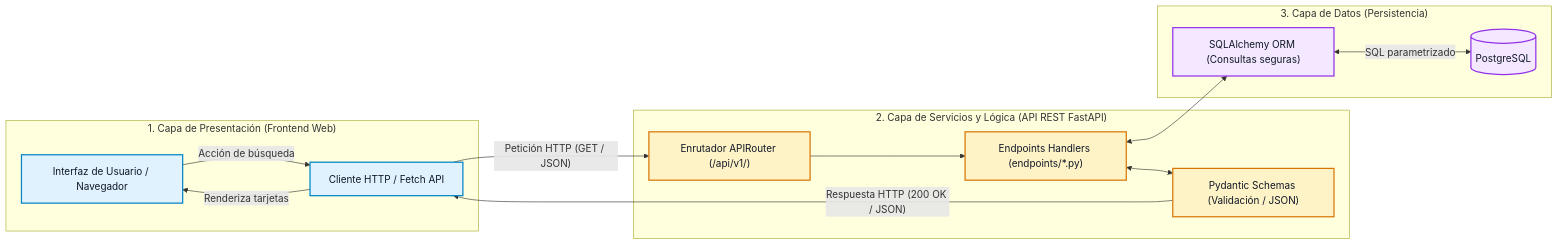
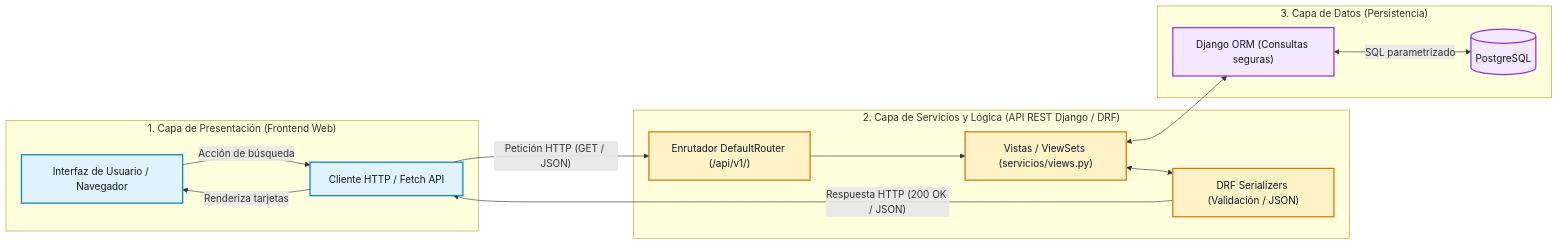
The first of 2 diagrams in docs/api/especificacion-api.md (Darksam03/RuralConecta-ProyectoWeb), drawn with Mermaid before and after one commit. The commit also changed other lines of this file and 5 other files, not shown here.

````diff
--- a/docs/api/especificacion-api.md
+++ b/docs/api/especificacion-api.md
@@ -34,35 +34,35 @@
 ```mermaid
 flowchart LR
     subgraph Frontend ["1. Capa de Presentación (Frontend Web)"]
         UI["Interfaz de Usuario / Navegador"]
         Fetch["Cliente HTTP / Fetch API"]
         UI -->|"Acción de búsqueda"| Fetch
     end
 
-    subgraph API ["2. Capa de Servicios y Lógica (API REST FastAPI)"]
-        Router["Enrutador APIRouter (/api/v1/)"]
-        Endpoints["Endpoints Handlers (endpoints/*.py)"]
-        Schemas["Pydantic Schemas (Validación / JSON)"]
+    subgraph API ["2. Capa de Servicios y Lógica (API REST Django / DRF)"]
+        Router["Enrutador DefaultRouter (/api/v1/)"]
+        Endpoints["Vistas / ViewSets (servicios/views.py)"]
+        Schemas["DRF Serializers (Validación / JSON)"]
         Router --> Endpoints
         Endpoints <--> Schemas
     end
 
     subgraph Persistencia ["3. Capa de Datos (Persistencia)"]
-        ORM["SQLAlchemy ORM (Consultas seguras)"]
+        ORM["Django ORM (Consultas seguras)"]
         DB[("PostgreSQL")]
         ORM <-->|"SQL parametrizado"| DB
     end
 
     Fetch -->|"Petición HTTP (GET / JSON)"| Router
     Endpoints <--> ORM
     Schemas -->|"Respuesta HTTP (200 OK / JSON)"| Fetch
     Fetch -->|"Renderiza tarjetas"| UI
 
     classDef client fill:#e0f2fe,stroke:#0284c7,stroke-width:2px,color:#111827;
     classDef api fill:#fef3c7,stroke:#d97706,stroke-width:2px,color:#111827;
     classDef db fill:#f3e8ff,stroke:#9333ea,stroke-width:2px,color:#111827;
 
     class UI,Fetch client;
     class Router,Endpoints,Schemas api;
     class ORM,DB db;
 ```
````
